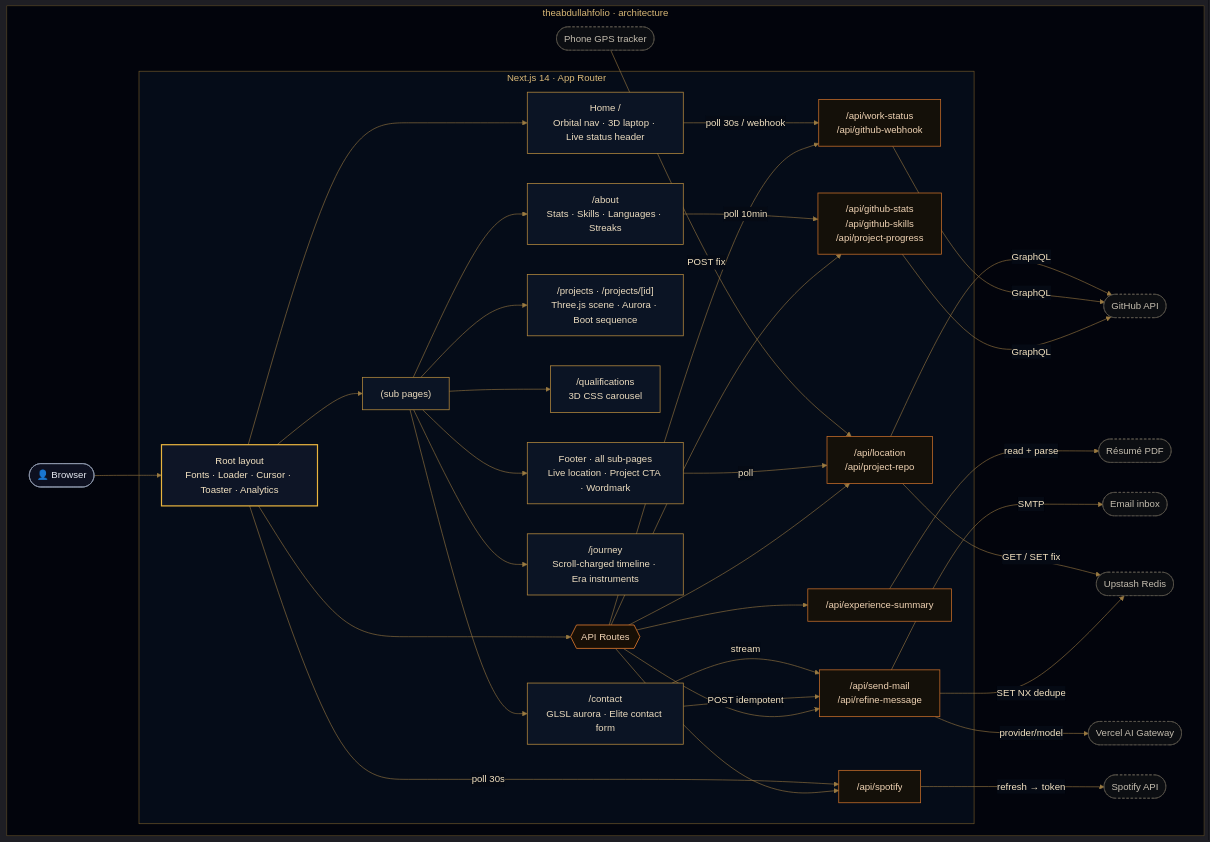
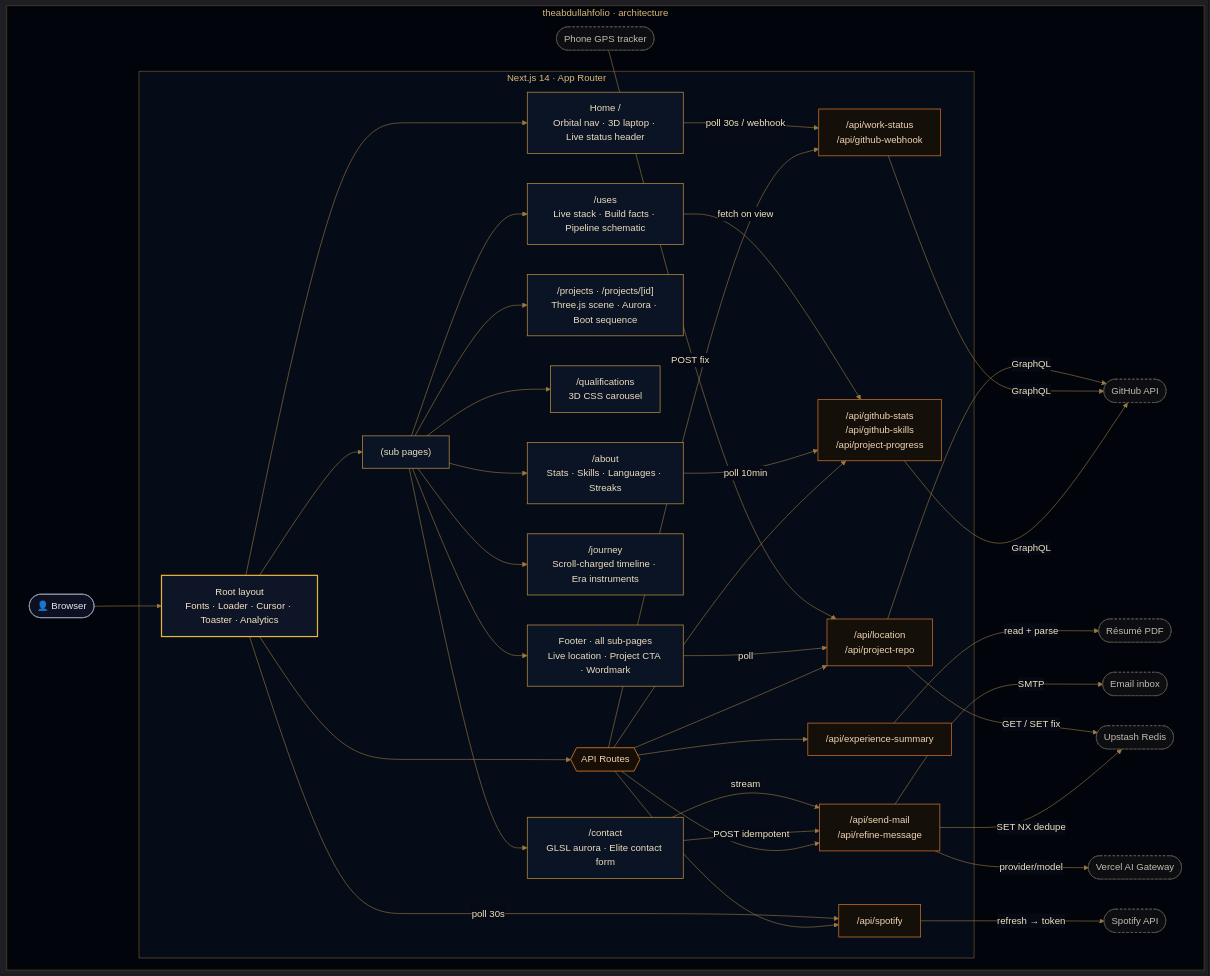
One commit to MA1002643/theabdullahfolio changed the diagram in README.md. Above: the diagram before and after it, drawn with Mermaid. The commit also changed other lines of this file and 48 other files, not shown here.

First line of the commit message:
Add unit tests for LiveAge, Palette, PipelineGraph, Stack, and ToolGrid components

````diff
--- a/README.md
+++ b/README.md
@@ -146,70 +147,72 @@
 ```mermaid
 %%{init: {"theme":"dark","themeVariables":{"fontFamily":"ui-sans-serif, system-ui, -apple-system, Segoe UI, sans-serif","lineColor":"#9a7a42","edgeLabelBackground":"#050a14","tertiaryColor":"#050a14"}}}%%
 graph TD
     subgraph Sys[" theabdullahfolio · architecture "]
         Browser(["👤 Browser"])
 
         subgraph App[" Next.js 14 · App Router "]
             Root["Root layout<br/>Fonts · Loader · Cursor · Toaster · Analytics"]
             Root --> Home["Home /<br/>Orbital nav · 3D laptop · Live status header"]
             Root --> Pages["(sub pages)"]
             Pages --> About["/about<br/>Stats · Skills · Languages · Streaks"]
             Pages --> Projects["/projects · /projects/[id]<br/>Three.js scene · Aurora · Boot sequence"]
             Pages --> Quals["/qualifications<br/>3D CSS carousel"]
             Pages --> Contact["/contact<br/>GLSL aurora · Elite contact form"]
             Pages --> Journey["/journey<br/>Scroll-charged timeline · Era instruments"]
+            Pages --> Uses["/uses<br/>Live stack · Build facts · Pipeline schematic"]
             Pages --> Footer["Footer · all sub-pages<br/>Live location · Project CTA · Wordmark"]
 
             Root --> API{{"API Routes"}}
             API --> Stats["/api/github-stats<br/>/api/github-skills<br/>/api/project-progress"]
             API --> Exp["/api/experience-summary"]
             API --> Work["/api/work-status<br/>/api/github-webhook"]
             API --> Mail["/api/send-mail<br/>/api/refine-message"]
             API --> Foot["/api/location<br/>/api/project-repo"]
             API --> Music["/api/spotify"]
         end
 
         GitHub([GitHub API])
         PDF([Résumé PDF])
         Inbox([Email inbox])
         Redis([Upstash Redis])
         Gateway([Vercel AI Gateway])
         Tracker([Phone GPS tracker])
         Spotify([Spotify API])
 
         Browser --> Root
         About -->|poll 10min| Stats
+        Uses -->|fetch on view| Stats
         Home -->|poll 30s / webhook| Work
         Contact -->|POST idempotent| Mail
         Contact -->|stream| Mail
         Stats -->|GraphQL| GitHub
         Work -->|GraphQL| GitHub
         Exp -->|read + parse| PDF
         Mail -->|SMTP| Inbox
         Mail -->|SET NX dedupe| Redis
         Mail -->|provider/model| Gateway
         Footer -->|poll| Foot
         Tracker -->|POST fix| Foot
         Foot -->|GraphQL| GitHub
         Foot -->|GET / SET fix| Redis
         Root -->|poll 30s| Music
         Music -->|refresh → token| Spotify
     end
 
     classDef client fill:#0d1020,stroke:#8f99ad,stroke-width:1.25px,color:#e6e9f0;
     classDef root fill:#0e1526,stroke:#eab53e,stroke-width:2px,color:#f4e3c2;
     classDef page fill:#0b1424,stroke:#b78a3e,stroke-width:1.25px,color:#ecdcbf;
     classDef api fill:#141009,stroke:#c96f2a,stroke-width:1.25px,color:#f0d3b4;
     classDef gateway fill:#170f06,stroke:#c96f2a,stroke-width:1.5px,color:#f0d3b4;
     classDef ext fill:#0c0e12,stroke:#5f5a50,stroke-width:1px,color:#c3bcae,stroke-dasharray:4 3;
 
     class Browser client;
     class Root root;
-    class Home,Pages,About,Projects,Quals,Contact,Journey,Footer page;
+    class Home,Pages,About,Projects,Quals,Contact,Journey,Uses,Footer page;
     class Stats,Exp,Work,Mail,Foot,Music api;
     class API gateway;
     class GitHub,PDF,Inbox,Redis,Gateway,Tracker,Spotify ext;
 
     style Sys fill:#02040c,stroke:#5c4a24,stroke-width:1px,color:#d9b877;
     style App fill:#050c18,stroke:#7a5f2c,stroke-width:1px,color:#d9b877;
 ```
````
